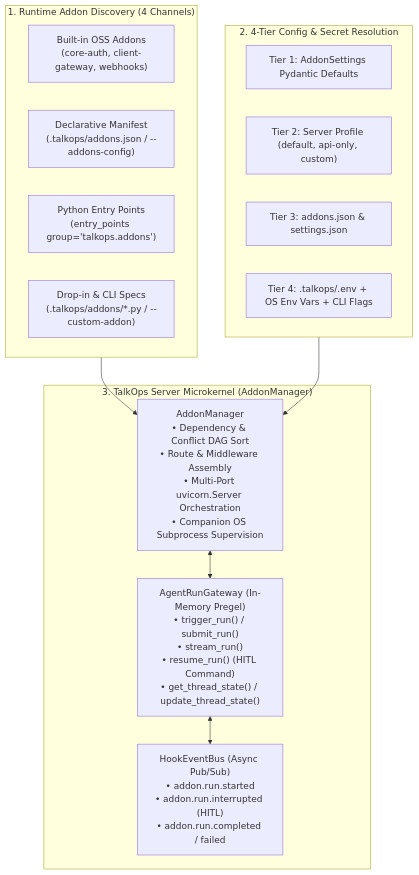
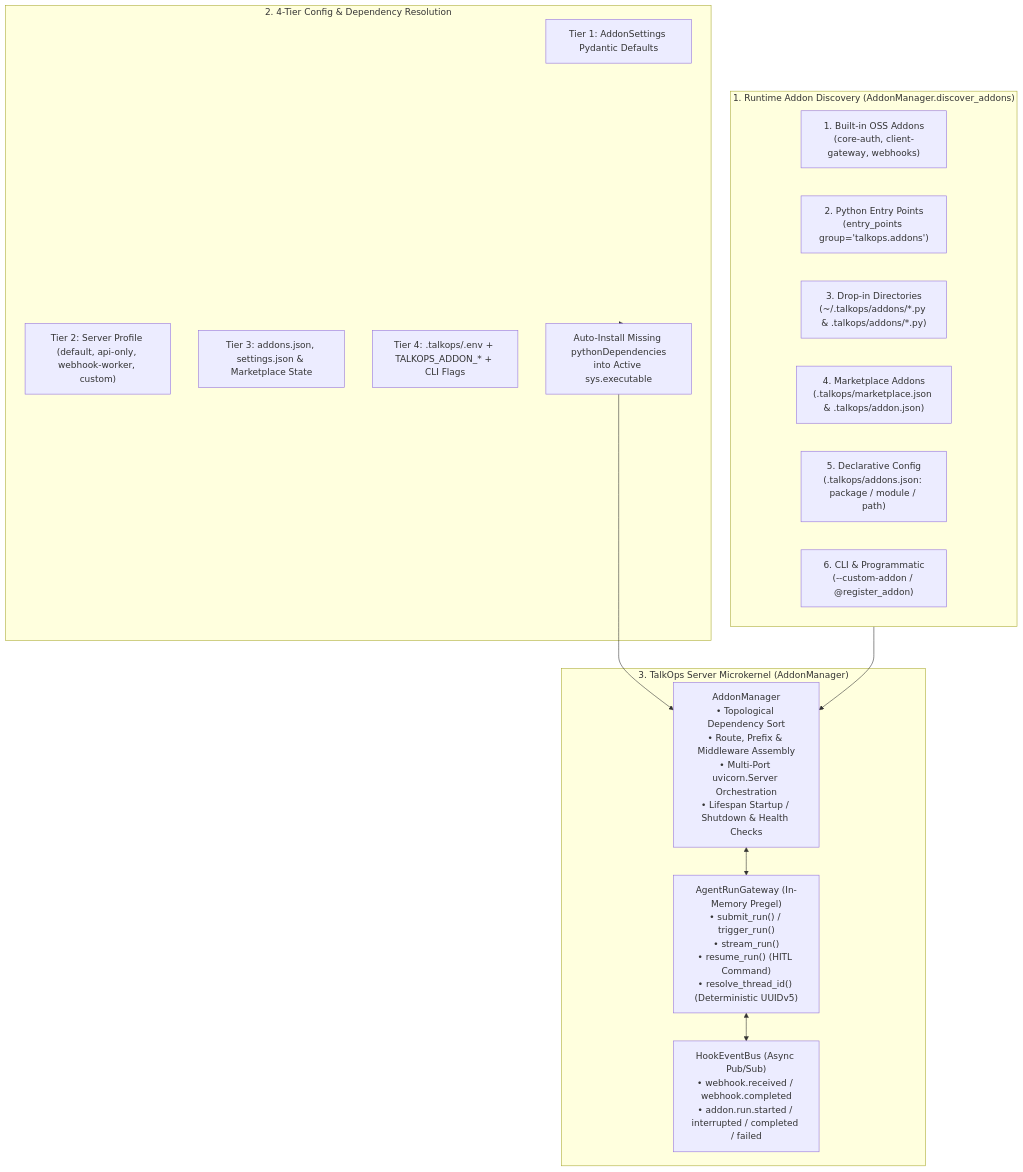
Before and after one commit to talkops-ai/talkops: the diagram in docs/talkops-docs/developer-guide/server_addon_developer_guide.md, drawn with Mermaid. The commit also changed other lines of this file and 81 other files, not shown here.

````diff
--- a/docs/talkops-docs/developer-guide/server_addon_developer_guide.md
+++ b/docs/talkops-docs/developer-guide/server_addon_developer_guide.md
@@ -16,27 +25,30 @@
 ```mermaid
 flowchart TB
-    subgraph Discovery["1. Runtime Addon Discovery (4 Channels)"]
-        D1["Built-in OSS Addons\n(core-auth, client-gateway, webhooks)"]
-        D2["Declarative Manifest\n(.talkops/addons.json / --addons-config)"]
-        D3["Python Entry Points\n(entry_points group='talkops.addons')"]
-        D4["Drop-in & CLI Specs\n(.talkops/addons/*.py / --custom-addon)"]
+    subgraph Discovery["1. Runtime Addon Discovery (AddonManager.discover_addons)"]
+        D1["1. Built-in OSS Addons\n(core-auth, client-gateway, webhooks)"]
+        D2["2. Python Entry Points\n(entry_points group='talkops.addons')"]
+        D3["3. Drop-in Directories\n(~/.talkops/addons/*.py & .talkops/addons/*.py)"]
+        D4["4. Marketplace Addons\n(.talkops/marketplace.json & .talkops/addon.json)"]
+        D5["5. Declarative Config\n(.talkops/addons.json: package / module / path)"]
+        D6["6. CLI & Programmatic\n(--custom-addon / @register_addon)"]
     end
 
-    subgraph Config["2. 4-Tier Config & Secret Resolution"]
+    subgraph Config["2. 4-Tier Config & Dependency Resolution"]
         C1["Tier 1: AddonSettings Pydantic Defaults"]
-        C2["Tier 2: Server Profile (default, api-only, custom)"]
-        C3["Tier 3: addons.json & settings.json"]
-        C4["Tier 4: .talkops/.env + OS Env Vars + CLI Flags"]
+        C2["Tier 2: Server Profile (default, api-only, webhook-worker, custom)"]
+        C3["Tier 3: addons.json, settings.json & Marketplace State"]
+        C4["Tier 4: .talkops/.env + TALKOPS_ADDON_* + CLI Flags"]
+        DEP["Auto-Install Missing pythonDependencies\ninto Active sys.executable"]
     end
 
     subgraph Kernel["3. TalkOps Server Microkernel (AddonManager)"]
-        AM["AddonManager\n• Dependency & Conflict DAG Sort\n• Route & Middleware Assembly\n• Multi-Port uvicorn.Server Orchestration\n• Companion OS Subprocess Supervision"]
-        GW["AgentRunGateway (In-Memory Pregel)\n• trigger_run() / submit_run()\n• stream_run()\n• resume_run() (HITL Command)\n• get_thread_state() / update_thread_state()"]
-        EB["HookEventBus (Async Pub/Sub)\n• addon.run.started\n• addon.run.interrupted (HITL)\n• addon.run.completed / failed"]
+        AM["AddonManager\n• Topological Dependency Sort\n• Route, Prefix & Middleware Assembly\n• Multi-Port uvicorn.Server Orchestration\n• Lifespan Startup / Shutdown & Health Checks"]
+        GW["AgentRunGateway (In-Memory Pregel)\n• submit_run() / trigger_run()\n• stream_run()\n• resume_run() (HITL Command)\n• resolve_thread_id() (Deterministic UUIDv5)"]
+        EB["HookEventBus (Async Pub/Sub)\n• webhook.received / webhook.completed\n• addon.run.started / interrupted / completed / failed"]
     end
 
     Discovery --> AM
-    Config --> AM
+    Config --> DEP --> AM
     AM <--> GW
     GW <--> EB
 ```
````
